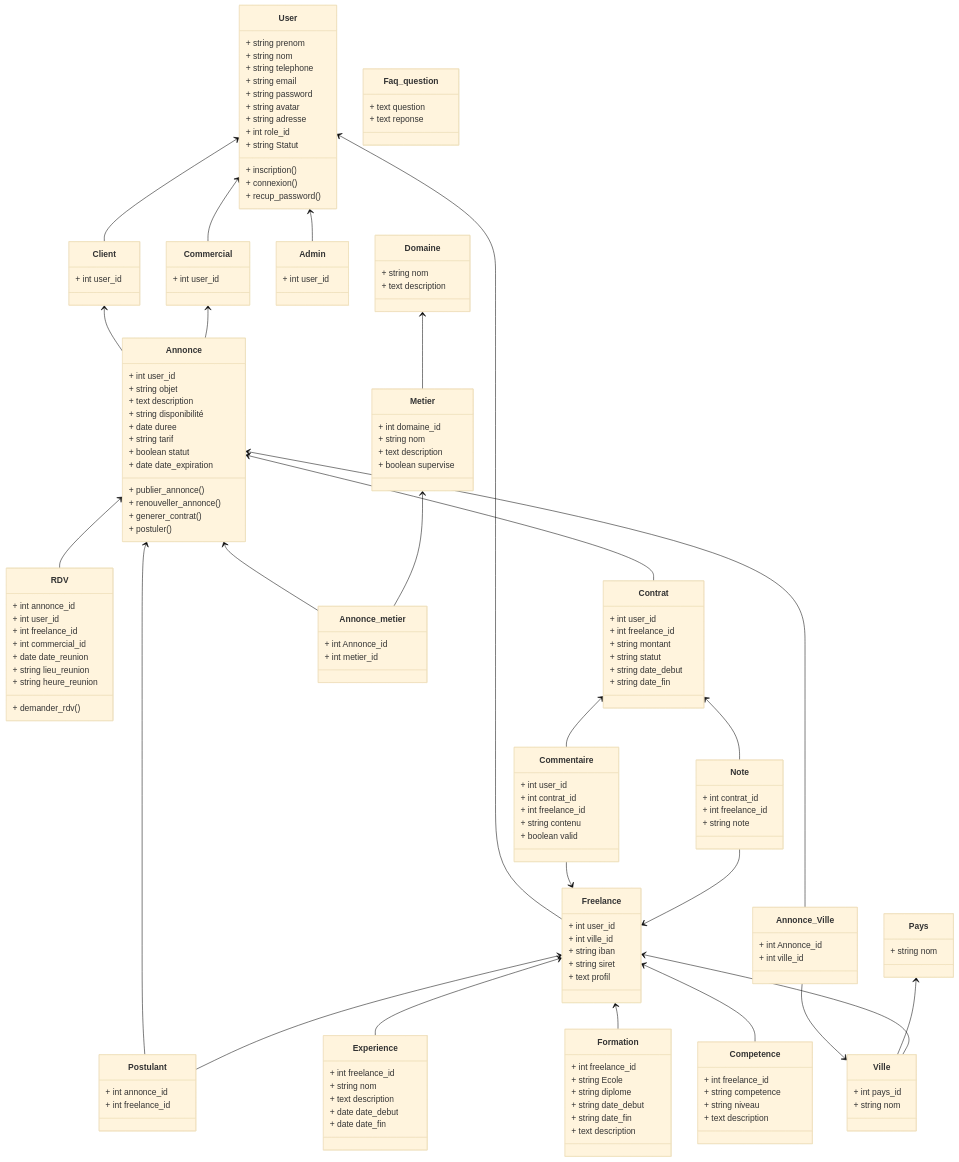
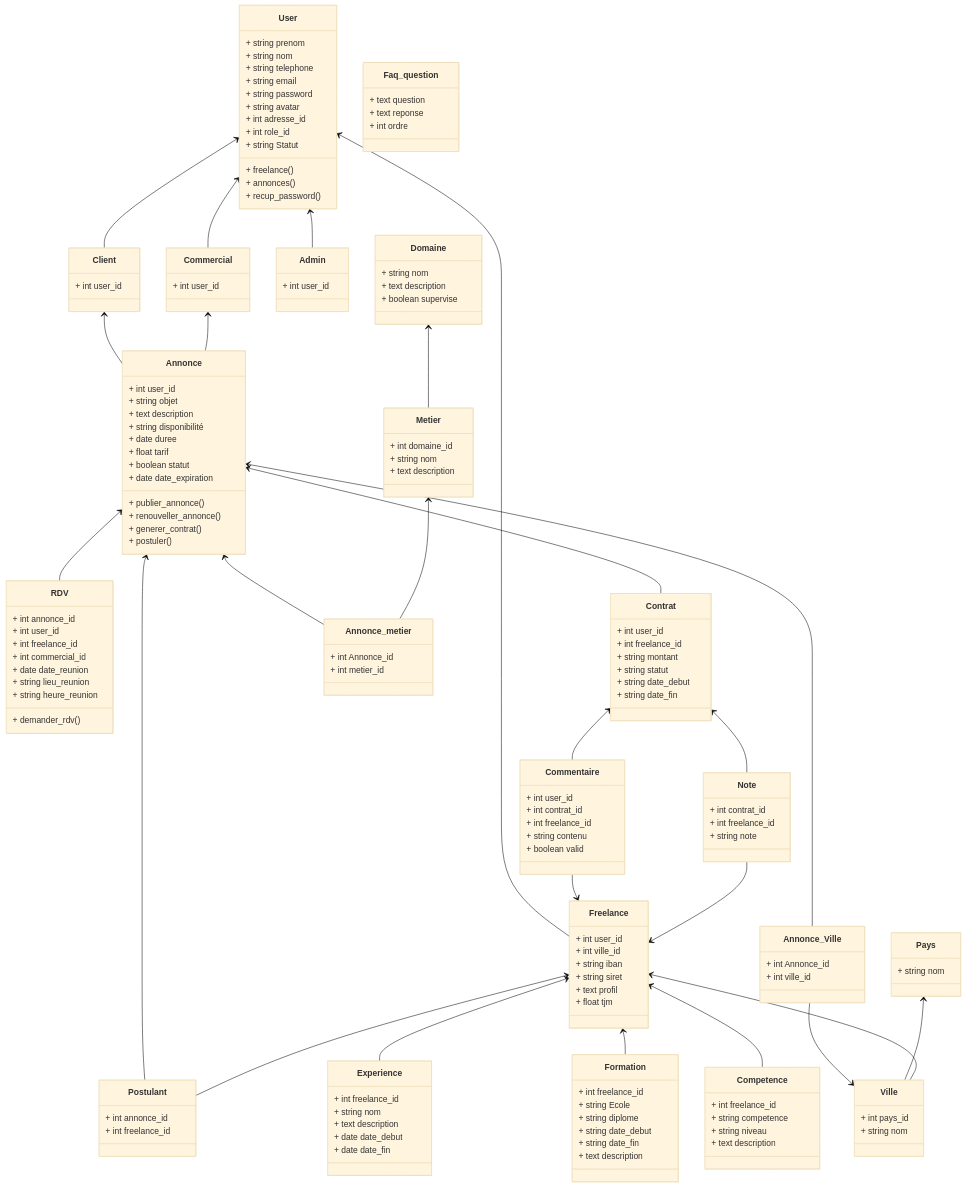
One commit to desmond8500/Devtools changed the diagram in public/docs/class_diagram.md. Above: the diagram before and after it, drawn with Mermaid (base theme). The commit also changed 1 other file, not shown here.

Commit message:
roadmap fix

````diff
--- a/public/docs/class_diagram.md
+++ b/public/docs/class_diagram.md
@@ -10,11 +10,11 @@
     + string email
     + string password
     + string avatar
-    + string adresse
+    + int adresse_id
     + int role_id
     + string Statut
-    + inscription()
-    + connexion()
+    + freelance()
+    + annonces()
     + recup_password()
 }
 
@@ -28,6 +28,7 @@
 class Faq_question{
   + text question    
   + text reponse    
+  + int ordre    
 }
 
 class Annonce{
@@ -36,7 +37,7 @@
     + text description
     + string disponibilité
     + date duree
-    + string tarif
+    + float tarif
     + boolean statut
     + date date_expiration
     + publier_annonce()
@@ -134,6 +135,7 @@
     + string iban
     + string siret
     + text profil
+    + float tjm
 }
 
 Freelance <-- Experience
@@ -170,6 +172,7 @@
 class Domaine {
   + string nom
   + text description 
+  + boolean supervise
 }
 Domaine <-- Metier
 
@@ -177,7 +180,6 @@
   + int domaine_id
   + string nom
   + text description 
-  + boolean supervise
 }
 
 ```
````
